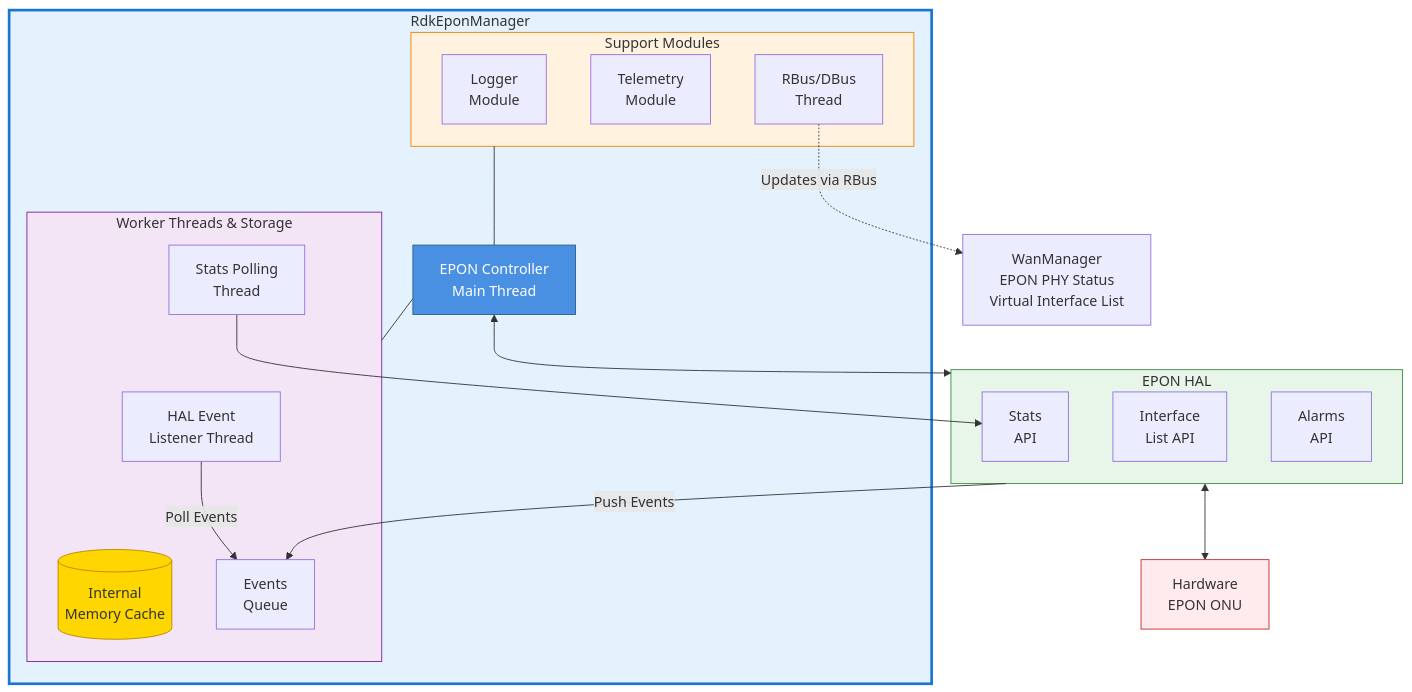
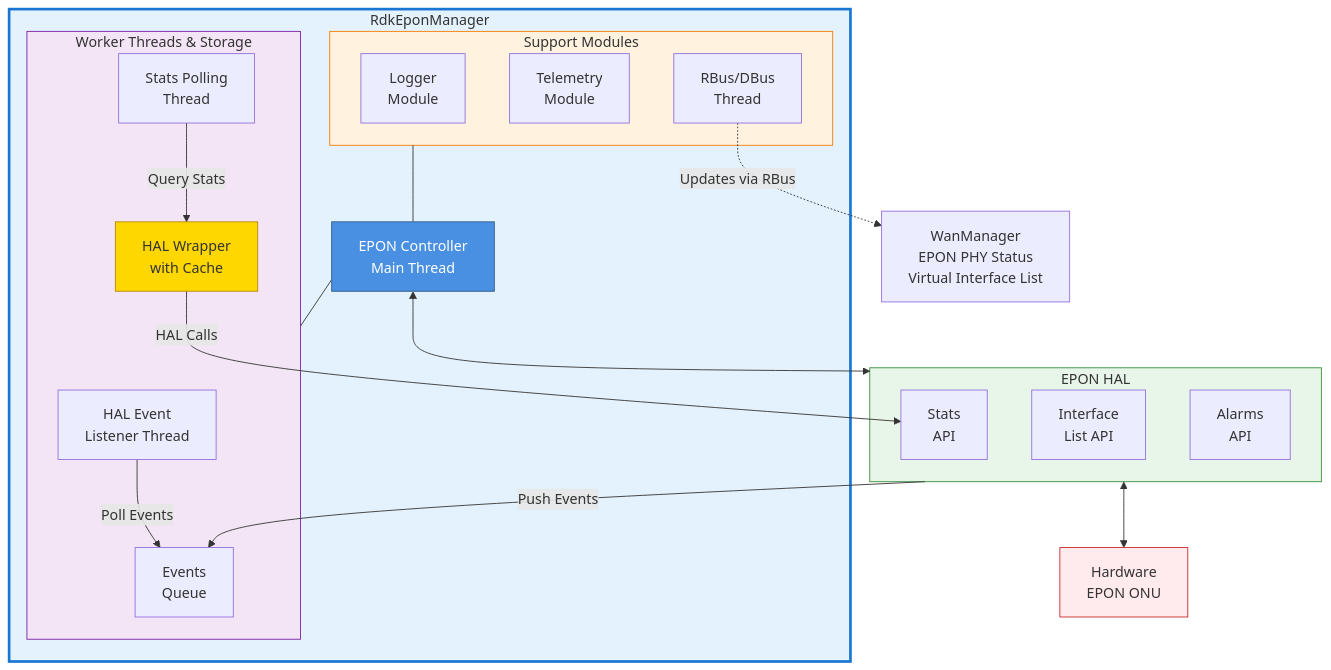
The second of 5 diagrams in design_docs/02_Architecture.md (rdkcentral/epon-manager), drawn with Mermaid before and after one commit. The commit also changed other lines of this file and 5 other files, not shown here.

Commit message:
Refactor architecture and component design documentation; add configuration details and remove obsolete data flow section

````diff
--- a/design_docs/02_Architecture.md
+++ b/design_docs/02_Architecture.md
@@ -35,46 +37,47 @@
 ```mermaid
 graph TB
     subgraph RdkEponManager
         subgraph Support["Support Modules"]
             Logger[Logger<br/>Module]
             Telemetry[Telemetry<br/>Module]
             RBus[RBus/DBus<br/>Thread]
         end
         
         Controller[EPON Controller<br/>Main Thread]
         
         subgraph Workers["Worker Threads & Storage"]
             EventListener[HAL Event<br/>Listener Thread]
             StatsPoller[Stats Polling<br/>Thread]
-            Cache[(Internal<br/>Memory Cache)]
+            HALWrapper[HAL Wrapper<br/>with Cache]
             EventQ[Events<br/>Queue]
         end
         
         Support --- Controller
         Controller --- Workers
     end
     
     subgraph EPONHAL["EPON HAL"]
         StatsAPI[Stats<br/>API]
         InterfaceAPI[Interface<br/>List API]
         AlarmAPI[Alarms<br/>API]
     end
     
     HW[Hardware<br/>EPON ONU]
     WanMgr[WanManager<br/>EPON PHY Status<br/>Virtual Interface List]
     
     Controller <--> EPONHAL
     EPONHAL -->|Push Events| EventQ
     EventListener -->|Poll Events| EventQ
-    StatsPoller --> StatsAPI
+    StatsPoller -->|Query Stats| HALWrapper
+    HALWrapper -->|HAL Calls| StatsAPI
     EPONHAL <--> HW
     RBus -.->|Updates via RBus| WanMgr
     
     style RdkEponManager fill:#E3F2FD,stroke:#1976D2,stroke-width:3px
     style Support fill:#FFF3E0,stroke:#F57C00
     style Workers fill:#F3E5F5,stroke:#7B1FA2
     style EPONHAL fill:#E8F5E9,stroke:#388E3C
     style Controller fill:#4A90E2,stroke:#2E5C8A,color:#fff
     style HW fill:#FFEBEE,stroke:#C62828
-    style Cache fill:#FFD700,stroke:#B8860B
+    style HALWrapper fill:#FFD700,stroke:#B8860B
 ```
````
